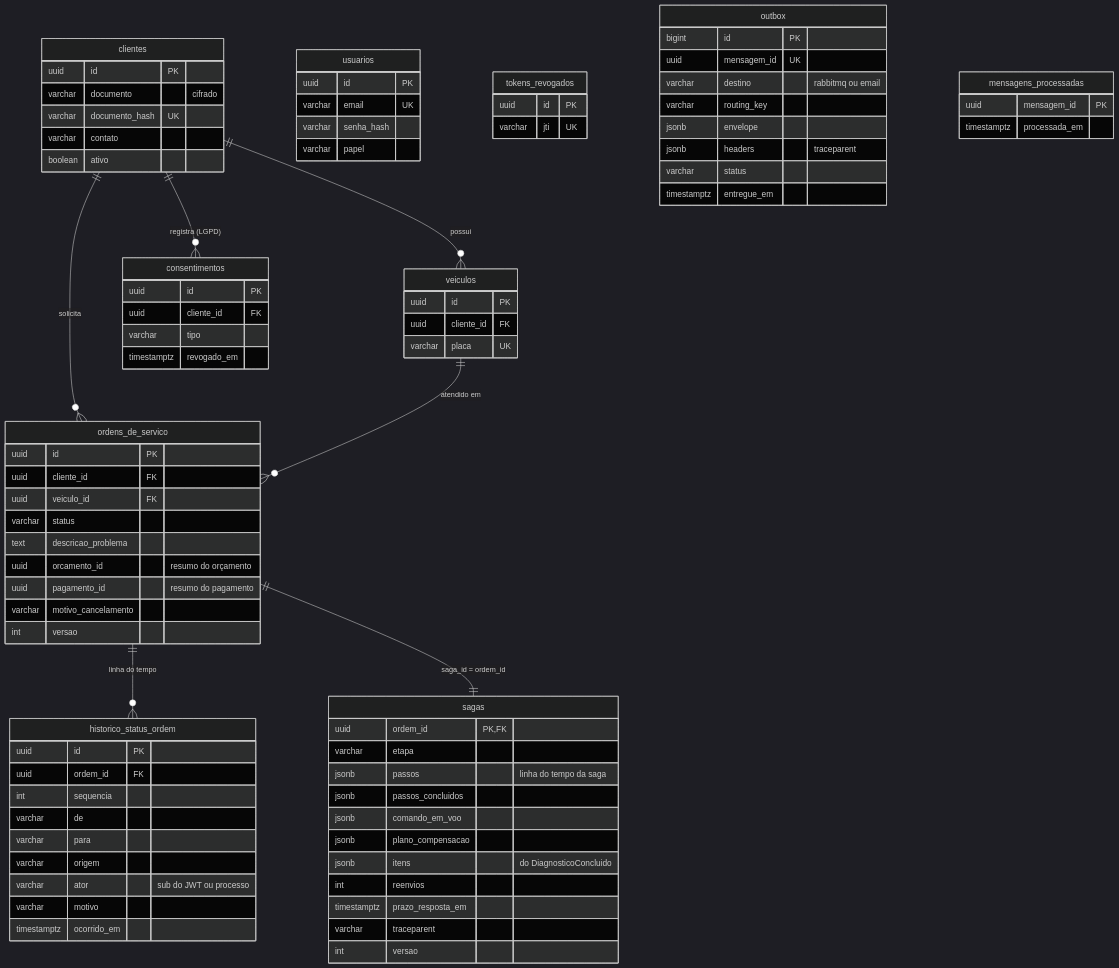
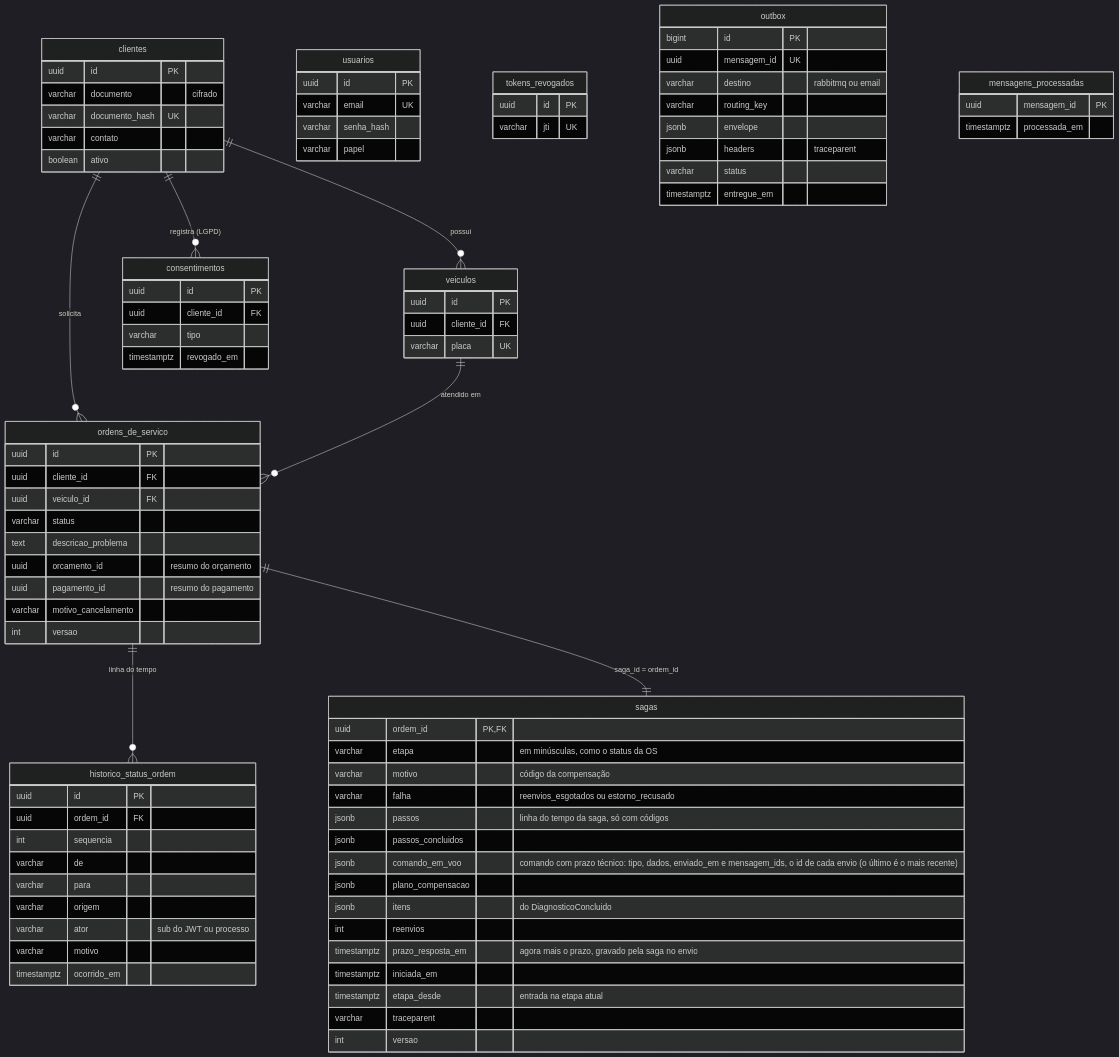
The tenth of 13 diagrams in docs/arquitetura/rfc/fase4/rfc-004-microsservicos-saga.md (fiap-postech-sw-architecture/postech-sw-arch-p4-platform), drawn with Mermaid (dark theme) before and after one commit. The commit also changed other lines of this file and 34 other files, not shown here.

```diff
--- a/docs/arquitetura/rfc/fase4/rfc-004-microsservicos-saga.md
+++ b/docs/arquitetura/rfc/fase4/rfc-004-microsservicos-saga.md
@@ -817,14 +845,18 @@
     }
     sagas {
         uuid ordem_id PK, FK
-        varchar etapa
-        jsonb passos "linha do tempo da saga"
+        varchar etapa "em minúsculas, como o status da OS"
+        varchar motivo "código da compensação"
+        varchar falha "reenvios_esgotados ou estorno_recusado"
+        jsonb passos "linha do tempo da saga, só com códigos"
         jsonb passos_concluidos
-        jsonb comando_em_voo
+        jsonb comando_em_voo "comando com prazo técnico: tipo, dados, enviado_em e mensagem_ids, o id de cada envio (o último é o mais recente)"
         jsonb plano_compensacao
         jsonb itens "do DiagnosticoConcluido"
         int reenvios
-        timestamptz prazo_resposta_em
+        timestamptz prazo_resposta_em "agora mais o prazo, gravado pela saga no envio"
+        timestamptz iniciada_em
+        timestamptz etapa_desde "entrada na etapa atual"
         varchar traceparent
         int versao
     }
```
